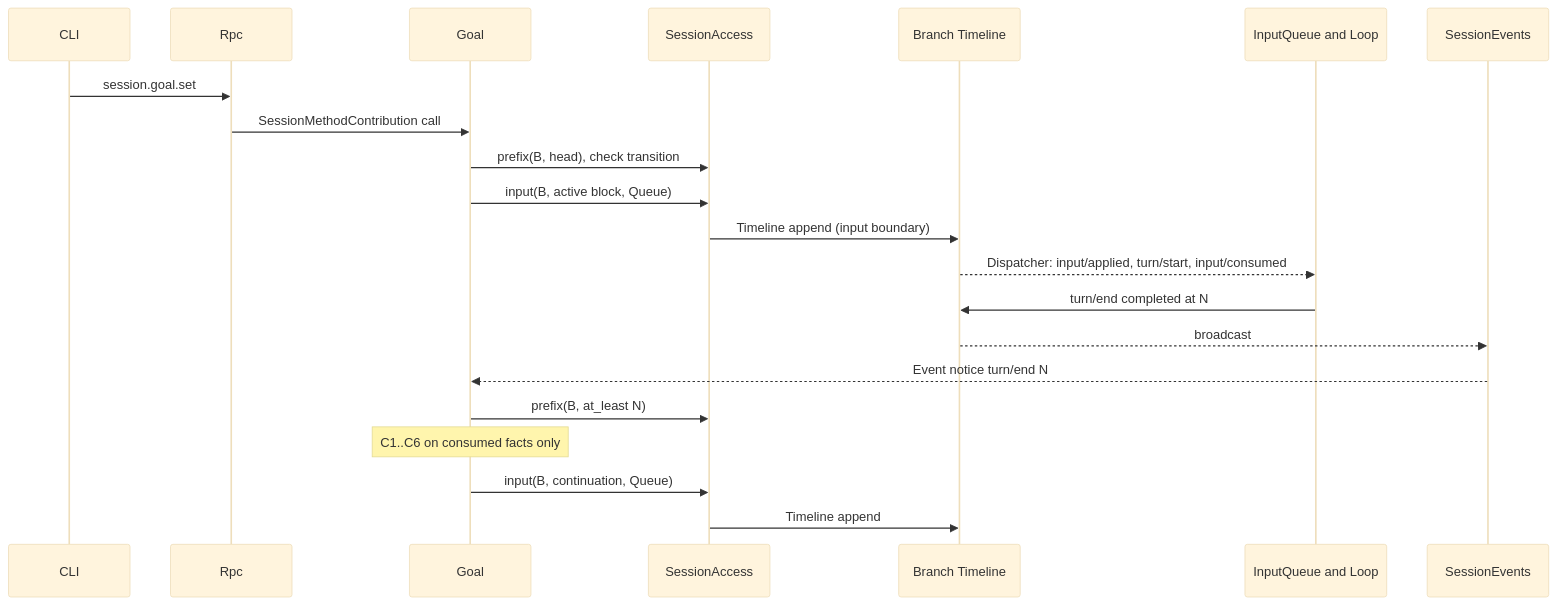
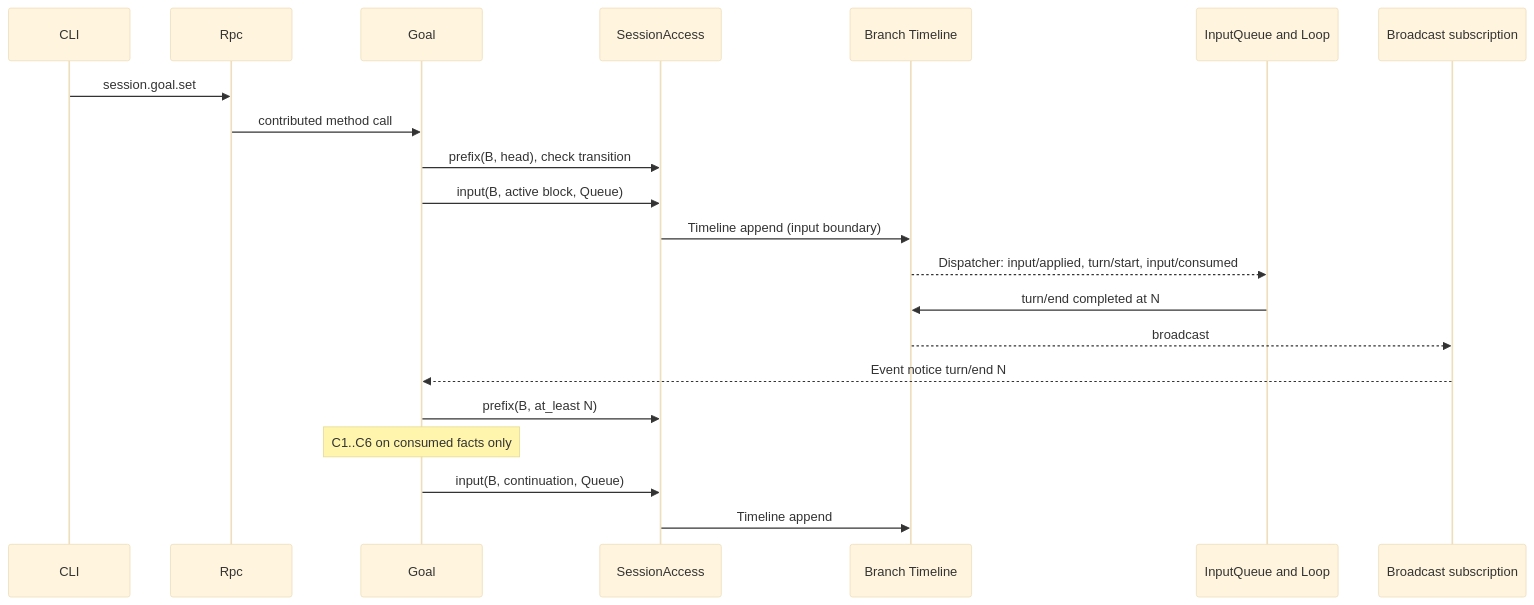
One commit to CoutinhoTTS/dim-agent changed the third of 7 diagrams in docs/design/plugins/Goal.md. Above: the diagram before and after it, drawn with Mermaid (base theme). The commit also changed other lines of this file and 3 other files, not shown here.

````diff
--- a/docs/design/plugins/Goal.md
+++ b/docs/design/plugins/Goal.md
@@ -86,23 +86,23 @@
 ```mermaid
 sequenceDiagram
   participant CLI
   participant Rpc
   participant Goal
   participant SA as SessionAccess
   participant TL as Branch Timeline
   participant IQ as InputQueue and Loop
-  participant SE as SessionEvents
+  participant SE as Broadcast subscription
   CLI->>Rpc: session.goal.set
-  Rpc->>Goal: SessionMethodContribution call
+  Rpc->>Goal: contributed method call
   Goal->>SA: prefix(B, head), check transition
   Goal->>SA: input(B, active block, Queue)
   SA->>TL: Timeline append (input boundary)
   TL-->>IQ: Dispatcher: input/applied, turn/start, input/consumed
   IQ->>TL: turn/end completed at N
   TL-->>SE: broadcast
   SE-->>Goal: Event notice turn/end N
   Goal->>SA: prefix(B, at_least N)
   Note over Goal: C1..C6 on consumed facts only
   Goal->>SA: input(B, continuation, Queue)
   SA->>TL: Timeline append
 ```
````
